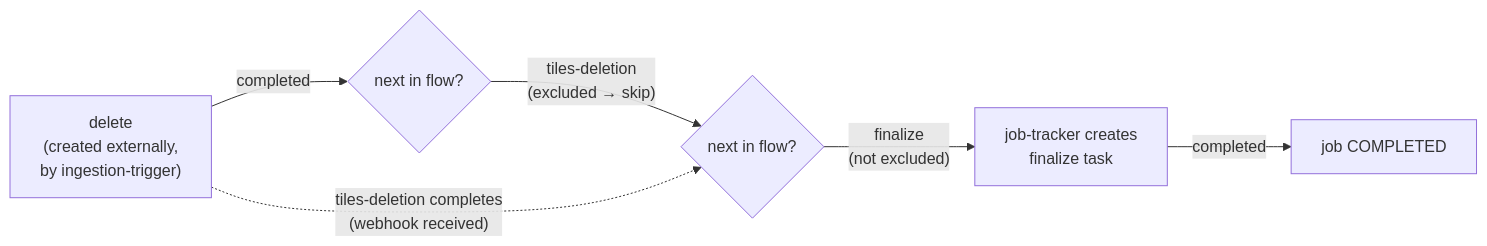
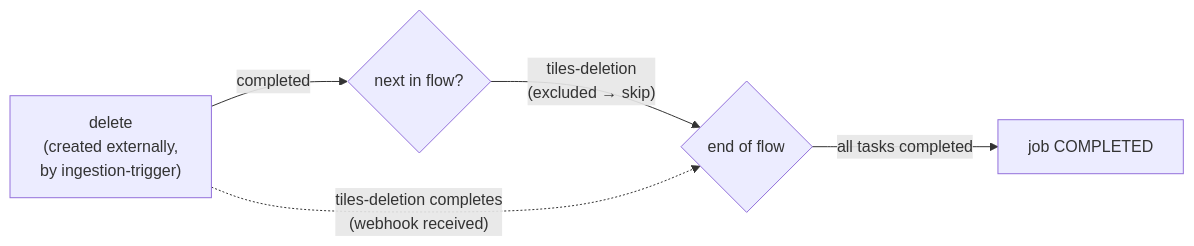
One commit to MapColonies/job-tracker changed the diagram in docs/delete-layer-tasks-flow.md. Above: the diagram before and after it, drawn with Mermaid. The commit also changed other lines of this file and 7 other files, not shown here.

First line of the commit message:
refactor: remove finalize task from delete layer flow

````diff
--- a/docs/delete-layer-tasks-flow.md
+++ b/docs/delete-layer-tasks-flow.md
@@ -169,9 +169,8 @@
 ```mermaid
 flowchart LR
     A["delete\n(created externally,\nby ingestion-trigger)"] -->|completed| B{"next in flow?"}
-    B -->|"tiles-deletion\n(excluded → skip)"| C{"next in flow?"}
-    C -->|"finalize\n(not excluded)"| E["job-tracker creates\nfinalize task"]
-    E -->|completed| F["job COMPLETED"]
+    B -->|"tiles-deletion\n(excluded → skip)"| C{"end of flow"}
+    C -->|"all tasks completed"| F["job COMPLETED"]
 
     A -.->|"tiles-deletion completes\n(webhook received)"| C
 ```
````
